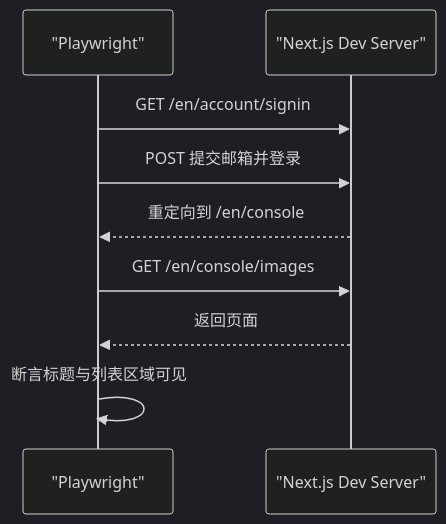
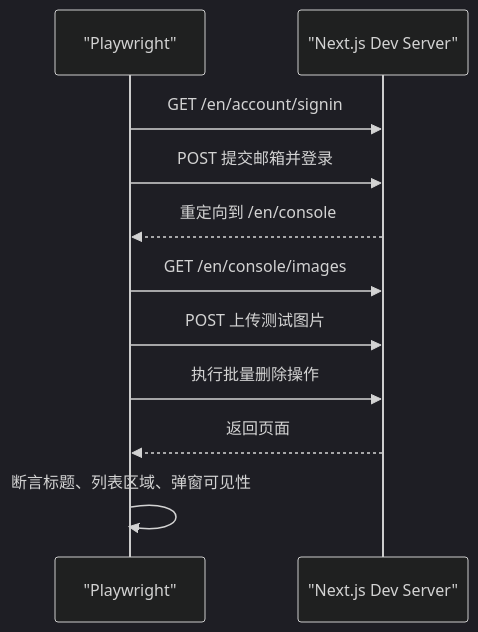
The fourth of 6 diagrams in .qoder/repowiki/zh/content/开发指南/测试套件设置.md (pnnh/weable), drawn with Mermaid (dark theme) before and after one commit. The commit also changed other lines of this file and 133 other files, not shown here.

Commit message:
实现基于浏览器自带AI识别图片内容功能

````diff
--- a/.qoder/repowiki/zh/content/开发指南/测试套件设置.md
+++ b/.qoder/repowiki/zh/content/开发指南/测试套件设置.md
@@ -156,11 +155,13 @@
 ```mermaid
 sequenceDiagram
 participant PW as "Playwright"
 participant APP as "Next.js Dev Server"
 PW->>APP : GET /en/account/signin
 PW->>APP : POST 提交邮箱并登录
 APP-->>PW : 重定向到 /en/console
 PW->>APP : GET /en/console/images
+PW->>APP : POST 上传测试图片
+PW->>APP : 执行批量删除操作
 APP-->>PW : 返回页面
-PW->>PW : 断言标题与列表区域可见
+PW->>PW : 断言标题、列表区域、弹窗可见性
 ```
````
